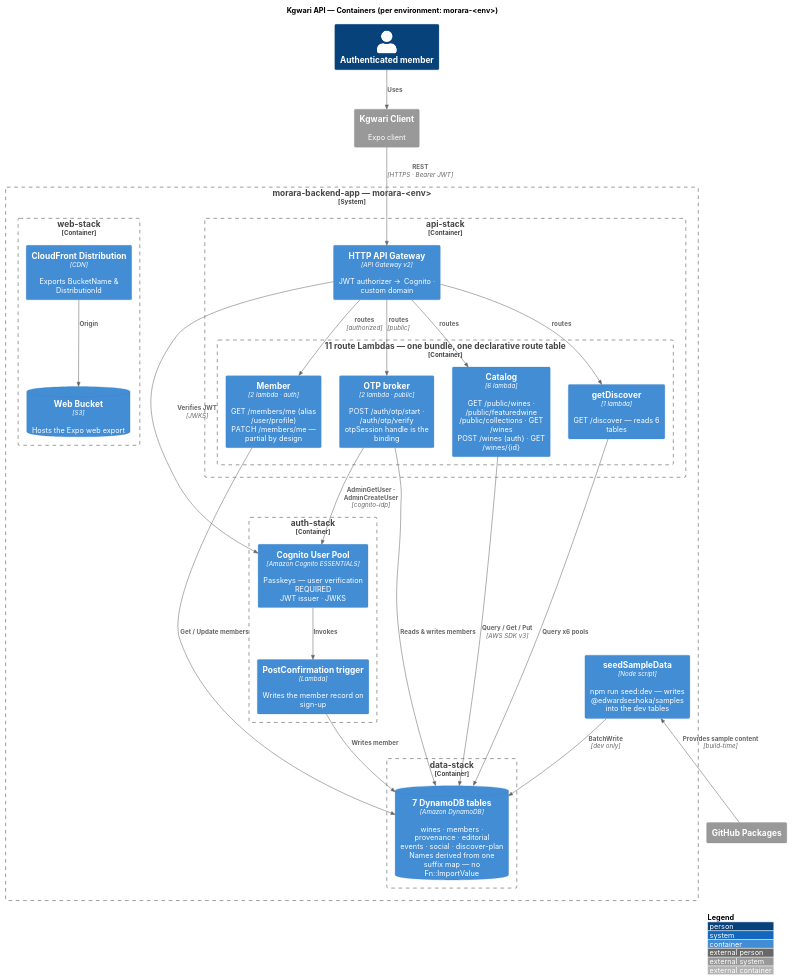
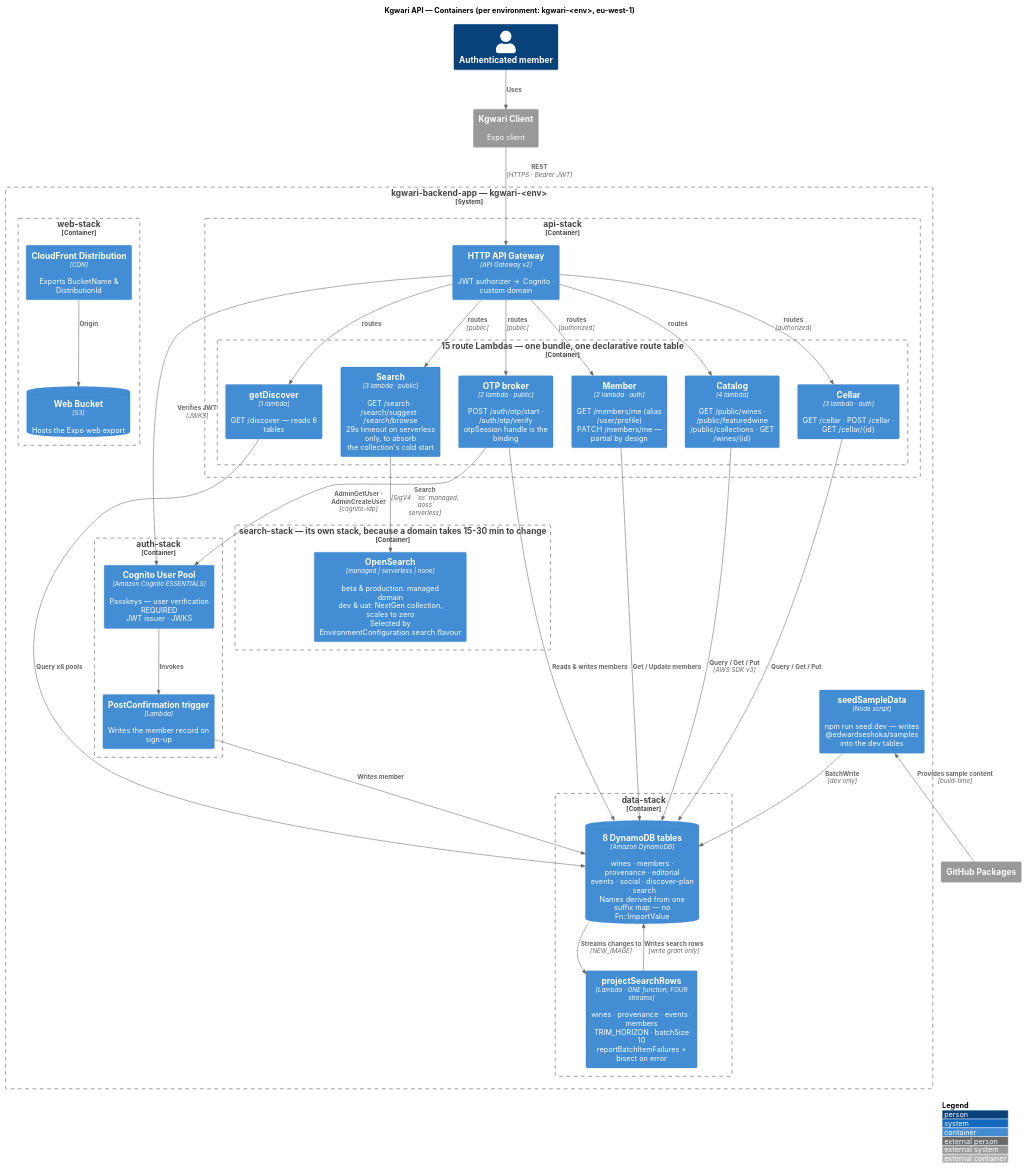
The diagram in site-src/diagrams/be-container.puml (EdwardSeshoka/kgwari-portfolio), drawn with PlantUML before and after one commit. The commit also changed 57 other files, not shown here.

```diff
--- a/site-src/diagrams/be-container.puml
+++ b/site-src/diagrams/be-container.puml
@@ -1,65 +1,78 @@
 @startuml
 !include https://raw.githubusercontent.com/plantuml-stdlib/C4-PlantUML/master/C4_Container.puml
 
 LAYOUT_WITH_LEGEND()
 HIDE_STEREOTYPE()
 skinparam backgroundColor #FFFFFF
 skinparam defaultFontName "Inter"
 skinparam shadowing false
 
-title Kgwari API — Containers (per environment: morara-<env>)
+title Kgwari API — Containers (per environment: kgwari-<env>, eu-west-1)
 
 Person(member, "Authenticated member")
 System_Ext(frontend, "Kgwari Client", "Expo client")
 
-System_Boundary(be, "morara-backend-app — morara-<env>") {
+System_Boundary(be, "kgwari-backend-app — kgwari-<env>") {
 
   Container_Boundary(authstack, "auth-stack") {
     Container(userpool, "Cognito User Pool", "Amazon Cognito ESSENTIALS", "Passkeys — user verification REQUIRED\nJWT issuer · JWKS")
     Container(postconfirm, "PostConfirmation trigger", "Lambda", "Writes the member record on sign-up")
   }
 
   Container_Boundary(apistack, "api-stack") {
     Container(apigw, "HTTP API Gateway", "API Gateway v2", "JWT authorizer -> Cognito · custom domain")
 
-    Container_Boundary(lambdas, "11 route Lambdas — one bundle, one declarative route table") {
-      Container(catalogL, "Catalog", "6 lambda", "GET /public/wines · /public/featuredwine\n/public/collections · GET /wines\nPOST /wines (auth) · GET /wines/{id}")
+    Container_Boundary(lambdas, "15 route Lambdas — one bundle, one declarative route table") {
+      Container(catalogL, "Catalog", "4 lambda", "GET /public/wines · /public/featuredwine\n/public/collections · GET /wines/{id}")
+      Container(cellarL, "Cellar", "3 lambda · auth", "GET /cellar · POST /cellar · GET /cellar/{id}")
       Container(discoverL, "getDiscover", "1 lambda", "GET /discover — reads 6 tables")
+      Container(searchL, "Search", "3 lambda · public", "GET /search · /search/suggest · /search/browse\n29s timeout on serverless only, to absorb\nthe collection's cold start")
       Container(memberL, "Member", "2 lambda · auth", "GET /members/me (alias /user/profile)\nPATCH /members/me — partial by design")
       Container(otpL, "OTP broker", "2 lambda · public", "POST /auth/otp/start · /auth/otp/verify\notpSession handle is the binding")
     }
   }
 
   Container_Boundary(datastack, "data-stack") {
-    ContainerDb(ddb, "7 DynamoDB tables", "Amazon DynamoDB", "wines · members · provenance · editorial\nevents · social · discover-plan\nNames derived from one suffix map — no Fn::ImportValue")
+    ContainerDb(ddb, "8 DynamoDB tables", "Amazon DynamoDB", "wines · members · provenance · editorial\nevents · social · discover-plan · search\nNames derived from one suffix map — no Fn::ImportValue")
+    Container(projector, "projectSearchRows", "Lambda · ONE function, FOUR streams", "wines · provenance · events · members\nTRIM_HORIZON · batchSize 10\nreportBatchItemFailures + bisect on error")
+  }
+
+  Container_Boundary(searchstack, "search-stack — its own stack, because a domain takes 15-30 min to change") {
+    Container(engine, "OpenSearch", "managed | serverless | none", "beta & production: managed domain\ndev & uat: NextGen collection, scales to zero\nSelected by EnvironmentConfiguration.search.flavour")
   }
 
   Container_Boundary(webstack, "web-stack") {
     ContainerDb(s3, "Web Bucket", "S3", "Hosts the Expo web export")
     Container(cf, "CloudFront Distribution", "CDN", "Exports BucketName & DistributionId")
   }
 
   Container(seed, "seedSampleData", "Node script", "npm run seed:dev — writes @edwardseshoka/samples\ninto the dev tables")
 }
 
 System_Ext(ghpkg, "GitHub Packages")
 
 Rel(member, frontend, "Uses")
 Rel(frontend, apigw, "REST", "HTTPS · Bearer JWT")
 Rel(apigw, userpool, "Verifies JWT", "JWKS")
 Rel(apigw, catalogL, "routes")
+Rel(apigw, cellarL, "routes", "authorized")
 Rel(apigw, discoverL, "routes")
+Rel(apigw, searchL, "routes", "public")
 Rel(apigw, memberL, "routes", "authorized")
 Rel(apigw, otpL, "routes", "public")
 Rel(catalogL, ddb, "Query / Get / Put", "AWS SDK v3")
+Rel(cellarL, ddb, "Query / Get / Put")
 Rel(discoverL, ddb, "Query x6 pools")
+Rel(searchL, engine, "Search", "SigV4 · `es` managed, `aoss` serverless")
+Rel(ddb, projector, "Streams changes to", "NEW_IMAGE")
+Rel(projector, ddb, "Writes search rows", "write grant only")
 Rel(memberL, ddb, "Get / Update members")
 Rel(otpL, userpool, "AdminGetUser · AdminCreateUser", "cognito-idp")
 Rel(otpL, ddb, "Reads & writes members")
 Rel(userpool, postconfirm, "Invokes")
 Rel(postconfirm, ddb, "Writes member")
 Rel(seed, ddb, "BatchWrite", "dev only")
 Rel_U(ghpkg, seed, "Provides sample content", "build-time")
 Rel(cf, s3, "Origin")
 
 @enduml
```
